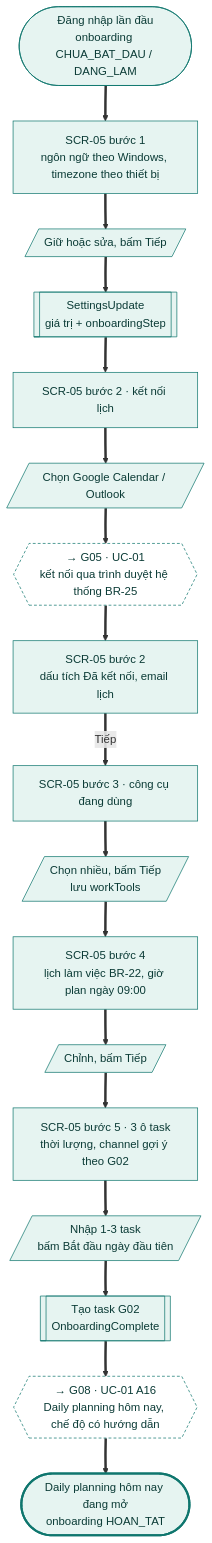
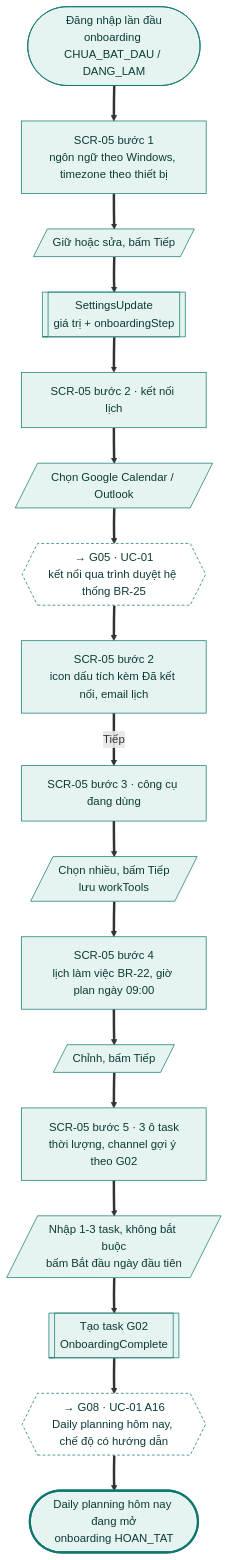
Diagram 11 of 27 in docs/design-brief/flow/g01-tai-khoan.md (tannguyenho/personal-app), drawn with Mermaid before and after one commit. The commit also changed other lines of this file and 6 other files, not shown here.

First line of the commit message:
docs(G01, G10): áp quyết định PO 09/11 vào SRS, PRD, flow; IA trỏ mã mới

````diff
--- a/docs/design-brief/flow/g01-tai-khoan.md
+++ b/docs/design-brief/flow/g01-tai-khoan.md
@@ -508,35 +508,35 @@
 ```mermaid
 flowchart TD
   start(["Đăng nhập lần đầu<br/>onboarding CHUA_BAT_DAU / DANG_LAM"])
   s1["SCR-05 bước 1<br/>ngôn ngữ theo Windows, timezone theo thiết bị"]
   u1[/"Giữ hoặc sửa, bấm Tiếp"/]
   p1[["SettingsUpdate<br/>giá trị + onboardingStep"]]
   s2["SCR-05 bước 2 · kết nối lịch"]
   u2[/"Chọn Google Calendar / Outlook"/]
   x1{{"→ G05 · UC-01<br/>kết nối qua trình duyệt hệ thống BR-25"}}
-  s2b["SCR-05 bước 2<br/>dấu tích Đã kết nối, email lịch"]
+  s2b["SCR-05 bước 2<br/>icon dấu tích kèm Đã kết nối, email lịch"]
   s3["SCR-05 bước 3 · công cụ đang dùng"]
   u3[/"Chọn nhiều, bấm Tiếp<br/>lưu workTools"/]
   s4["SCR-05 bước 4<br/>lịch làm việc BR-22, giờ plan ngày 09:00"]
   u4[/"Chỉnh, bấm Tiếp"/]
   s5["SCR-05 bước 5 · 3 ô task<br/>thời lượng, channel gợi ý theo G02"]
-  u5[/"Nhập 1-3 task<br/>bấm Bắt đầu ngày đầu tiên"/]
+  u5[/"Nhập 1-3 task, không bắt buộc<br/>bấm Bắt đầu ngày đầu tiên"/]
   p2[["Tạo task G02<br/>OnboardingComplete"]]
   x2{{"→ G08 · UC-01 A16<br/>Daily planning hôm nay, chế độ có hướng dẫn"}}
   ok(["Daily planning hôm nay đang mở<br/>onboarding HOAN_TAT"])
 
   start ==> s1 ==> u1 ==> p1 ==> s2 ==> u2 ==> x1 ==> s2b ==>|"Tiếp"| s3 ==> u3 ==> s4 ==> u4 ==> s5 ==> u5 ==> p2 ==> x2 ==> ok
 
   class start,s1,u1,p1,s2,u2,s2b,s3,u3,s4,u4,s5,u5,p2 happy
   class x1,x2 link
   class ok done
   classDef happy fill:#E6F4F1,stroke:#0F766E,color:#0B3B36
   classDef alt fill:#F1F3F5,stroke:#6B7280,color:#1F2937
   classDef err fill:#FDECEC,stroke:#B42318,color:#5C1010
   classDef warn fill:#FEF4E2,stroke:#B45309,color:#4A2604
   classDef ai fill:#F1ECFD,stroke:#6D28D9,color:#2E1065
   classDef sync fill:#FFFFFF,stroke:#6B7280,stroke-dasharray:4 3,color:#1F2937
   classDef link fill:#FFFFFF,stroke:#0F766E,stroke-dasharray:4 3,color:#0B3B36
   classDef done fill:#E6F4F1,stroke:#0F766E,stroke-width:3px,color:#0B3B36
   classDef fail fill:#FDECEC,stroke:#B42318,stroke-width:3px,color:#5C1010
 ```
````
